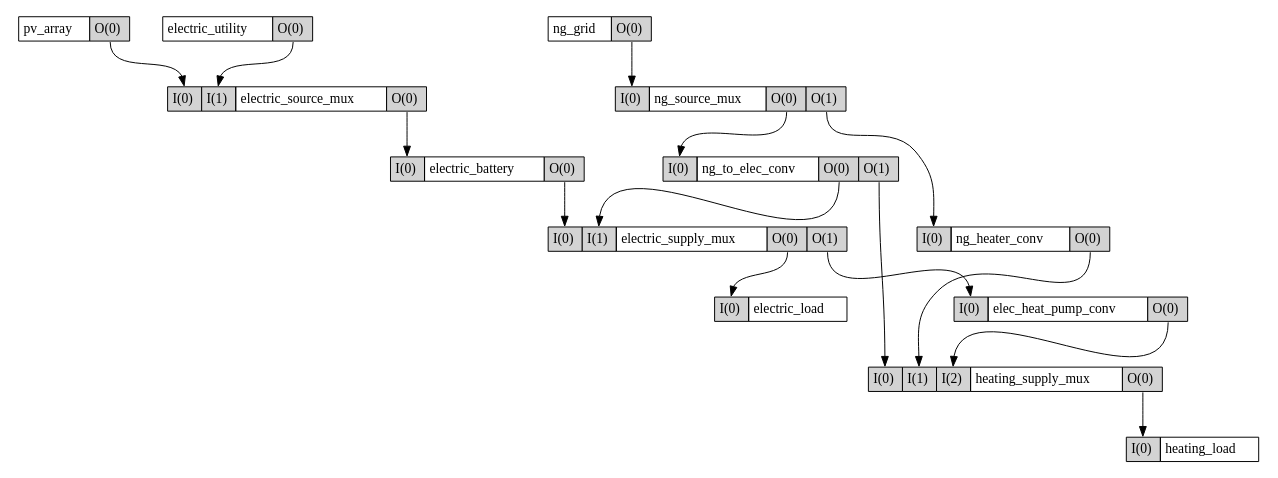
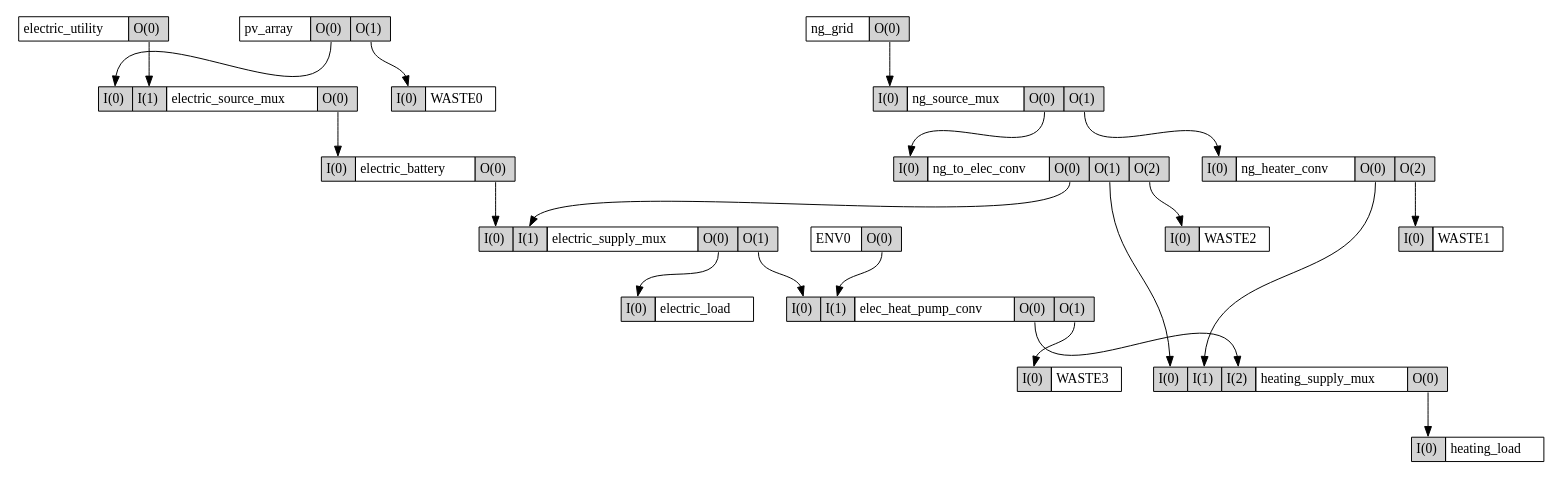
One commit to bigladder/erin changed the diagram in docs/examples/ex25.dot. Above: the diagram before and after it, drawn with Graphviz. The commit also changed 1 other file, not shown here.

Commit message:
Add updated graph for example 25

```diff
--- a/docs/examples/ex25.dot
+++ b/docs/examples/ex25.dot
@@ -1,122 +1,167 @@
-digraph normal_operations {
-  elec_heat_pump_conv [shape=none,label=<
+digraph  {
+  "ENV0" [shape=none,label=<
+    <TABLE BORDER="0" CELLBORDER="1" CELLSPACING="0" CELLPADDING="4">
+      <TR>
+        <TD PORT="name">ENV0</TD>
+        <TD PORT="O0" BGCOLOR="lightgrey">O(0)</TD>
+      </TR>
+    </TABLE>>];
+  "WASTE0" [shape=none,label=<
     <TABLE BORDER="0" CELLBORDER="1" CELLSPACING="0" CELLPADDING="4">
       <TR>
         <TD PORT="I0" BGCOLOR="lightgrey">I(0)</TD>
+        <TD PORT="name">WASTE0</TD>
+      </TR>
+    </TABLE>>];
+  "WASTE1" [shape=none,label=<
+    <TABLE BORDER="0" CELLBORDER="1" CELLSPACING="0" CELLPADDING="4">
+      <TR>
+        <TD PORT="I0" BGCOLOR="lightgrey">I(0)</TD>
+        <TD PORT="name">WASTE1</TD>
+      </TR>
+    </TABLE>>];
+  "WASTE2" [shape=none,label=<
+    <TABLE BORDER="0" CELLBORDER="1" CELLSPACING="0" CELLPADDING="4">
+      <TR>
+        <TD PORT="I0" BGCOLOR="lightgrey">I(0)</TD>
+        <TD PORT="name">WASTE2</TD>
+      </TR>
+    </TABLE>>];
+  "WASTE3" [shape=none,label=<
+    <TABLE BORDER="0" CELLBORDER="1" CELLSPACING="0" CELLPADDING="4">
+      <TR>
+        <TD PORT="I0" BGCOLOR="lightgrey">I(0)</TD>
+        <TD PORT="name">WASTE3</TD>
+      </TR>
+    </TABLE>>];
+  "elec_heat_pump_conv" [shape=none,label=<
+    <TABLE BORDER="0" CELLBORDER="1" CELLSPACING="0" CELLPADDING="4">
+      <TR>
+        <TD PORT="I0" BGCOLOR="lightgrey">I(0)</TD>
+        <TD PORT="I1" BGCOLOR="lightgrey">I(1)</TD>
         <TD PORT="name">elec_heat_pump_conv</TD>
         <TD PORT="O0" BGCOLOR="lightgrey">O(0)</TD>
+        <TD PORT="O1" BGCOLOR="lightgrey">O(1)</TD>
       </TR>
     </TABLE>>];
-  electric_battery [shape=none,label=<
+  "electric_battery" [shape=none,label=<
     <TABLE BORDER="0" CELLBORDER="1" CELLSPACING="0" CELLPADDING="4">
       <TR>
         <TD PORT="I0" BGCOLOR="lightgrey">I(0)</TD>
         <TD PORT="name">electric_battery</TD>
         <TD PORT="O0" BGCOLOR="lightgrey">O(0)</TD>
       </TR>
     </TABLE>>];
-  electric_load [shape=none,label=<
+  "electric_load" [shape=none,label=<
     <TABLE BORDER="0" CELLBORDER="1" CELLSPACING="0" CELLPADDING="4">
       <TR>
         <TD PORT="I0" BGCOLOR="lightgrey">I(0)</TD>
         <TD PORT="name">electric_load</TD>
       </TR>
     </TABLE>>];
-  electric_source_mux [shape=none,label=<
+  "electric_source_mux" [shape=none,label=<
     <TABLE BORDER="0" CELLBORDER="1" CELLSPACING="0" CELLPADDING="4">
       <TR>
         <TD PORT="I0" BGCOLOR="lightgrey">I(0)</TD>
         <TD PORT="I1" BGCOLOR="lightgrey">I(1)</TD>
         <TD PORT="name">electric_source_mux</TD>
         <TD PORT="O0" BGCOLOR="lightgrey">O(0)</TD>
       </TR>
     </TABLE>>];
-  electric_supply_mux [shape=none,label=<
+  "electric_supply_mux" [shape=none,label=<
     <TABLE BORDER="0" CELLBORDER="1" CELLSPACING="0" CELLPADDING="4">
       <TR>
         <TD PORT="I0" BGCOLOR="lightgrey">I(0)</TD>
         <TD PORT="I1" BGCOLOR="lightgrey">I(1)</TD>
         <TD PORT="name">electric_supply_mux</TD>
         <TD PORT="O0" BGCOLOR="lightgrey">O(0)</TD>
         <TD PORT="O1" BGCOLOR="lightgrey">O(1)</TD>
       </TR>
     </TABLE>>];
-  electric_utility [shape=none,label=<
+  "electric_utility" [shape=none,label=<
     <TABLE BORDER="0" CELLBORDER="1" CELLSPACING="0" CELLPADDING="4">
       <TR>
         <TD PORT="name">electric_utility</TD>
         <TD PORT="O0" BGCOLOR="lightgrey">O(0)</TD>
       </TR>
     </TABLE>>];
-  heating_load [shape=none,label=<
+  "heating_load" [shape=none,label=<
     <TABLE BORDER="0" CELLBORDER="1" CELLSPACING="0" CELLPADDING="4">
       <TR>
         <TD PORT="I0" BGCOLOR="lightgrey">I(0)</TD>
         <TD PORT="name">heating_load</TD>
       </TR>
     </TABLE>>];
-  heating_supply_mux [shape=none,label=<
+  "heating_supply_mux" [shape=none,label=<
     <TABLE BORDER="0" CELLBORDER="1" CELLSPACING="0" CELLPADDING="4">
       <TR>
         <TD PORT="I0" BGCOLOR="lightgrey">I(0)</TD>
         <TD PORT="I1" BGCOLOR="lightgrey">I(1)</TD>
         <TD PORT="I2" BGCOLOR="lightgrey">I(2)</TD>
         <TD PORT="name">heating_supply_mux</TD>
         <TD PORT="O0" BGCOLOR="lightgrey">O(0)</TD>
       </TR>
     </TABLE>>];
-  ng_grid [shape=none,label=<
+  "ng_grid" [shape=none,label=<
     <TABLE BORDER="0" CELLBORDER="1" CELLSPACING="0" CELLPADDING="4">
       <TR>
         <TD PORT="name">ng_grid</TD>
         <TD PORT="O0" BGCOLOR="lightgrey">O(0)</TD>
       </TR>
     </TABLE>>];
-  ng_heater_conv [shape=none,label=<
+  "ng_heater_conv" [shape=none,label=<
     <TABLE BORDER="0" CELLBORDER="1" CELLSPACING="0" CELLPADDING="4">
       <TR>
         <TD PORT="I0" BGCOLOR="lightgrey">I(0)</TD>
         <TD PORT="name">ng_heater_conv</TD>
         <TD PORT="O0" BGCOLOR="lightgrey">O(0)</TD>
+        <TD PORT="O2" BGCOLOR="lightgrey">O(2)</TD>
       </TR>
     </TABLE>>];
-  ng_source_mux [shape=none,label=<
+  "ng_source_mux" [shape=none,label=<
     <TABLE BORDER="0" CELLBORDER="1" CELLSPACING="0" CELLPADDING="4">
       <TR>
         <TD PORT="I0" BGCOLOR="lightgrey">I(0)</TD>
         <TD PORT="name">ng_source_mux</TD>
         <TD PORT="O0" BGCOLOR="lightgrey">O(0)</TD>
         <TD PORT="O1" BGCOLOR="lightgrey">O(1)</TD>
       </TR>
     </TABLE>>];
-  ng_to_elec_conv [shape=none,label=<
+  "ng_to_elec_conv" [shape=none,label=<
     <TABLE BORDER="0" CELLBORDER="1" CELLSPACING="0" CELLPADDING="4">
       <TR>
         <TD PORT="I0" BGCOLOR="lightgrey">I(0)</TD>
         <TD PORT="name">ng_to_elec_conv</TD>
         <TD PORT="O0" BGCOLOR="lightgrey">O(0)</TD>
         <TD PORT="O1" BGCOLOR="lightgrey">O(1)</TD>
+        <TD PORT="O2" BGCOLOR="lightgrey">O(2)</TD>
       </TR>
     </TABLE>>];
-  pv_array [shape=none,label=<
+  "pv_array" [shape=none,label=<
     <TABLE BORDER="0" CELLBORDER="1" CELLSPACING="0" CELLPADDING="4">
       <TR>
         <TD PORT="name">pv_array</TD>
         <TD PORT="O0" BGCOLOR="lightgrey">O(0)</TD>
+        <TD PORT="O1" BGCOLOR="lightgrey">O(1)</TD>
       </TR>
     </TABLE>>];
-  pv_array:O0:s -> electric_source_mux:I0:n;
-  electric_utility:O0:s -> electric_source_mux:I1:n;
-  electric_source_mux:O0:s -> electric_battery:I0:n;
-  electric_battery:O0:s -> electric_supply_mux:I0:n;
-  ng_to_elec_conv:O0:s -> electric_supply_mux:I1:n;
-  electric_supply_mux:O0:s -> electric_load:I0:n;
-  electric_supply_mux:O1:s -> elec_heat_pump_conv:I0:n;
-  ng_grid:O0:s -> ng_source_mux:I0:n;
-  ng_source_mux:O0:s -> ng_to_elec_conv:I0:n;
-  ng_source_mux:O1:s -> ng_heater_conv:I0:n;
-  ng_to_elec_conv:O1:s -> heating_supply_mux:I0:n;
-  ng_heater_conv:O0:s -> heating_supply_mux:I1:n;
-  elec_heat_pump_conv:O0:s -> heating_supply_mux:I2:n;
-  heating_supply_mux:O0:s -> heating_load:I0:n;
+  "pv_array":O1:s -> "WASTE0":I0:n;
+  "ng_heater_conv":O2:s -> "WASTE1":I0:n;
+  "ng_to_elec_conv":O2:s -> "WASTE2":I0:n;
+  "elec_heat_pump_conv":O1:s -> "WASTE3":I0:n;
+  "ENV0":O0:s -> "elec_heat_pump_conv":I1:n;
+  "pv_array":O0:s -> "electric_source_mux":I0:n;
+  "electric_utility":O0:s -> "electric_source_mux":I1:n;
+  "electric_source_mux":O0:s -> "electric_battery":I0:n;
+  "electric_battery":O0:s -> "electric_supply_mux":I0:n;
+  "ng_to_elec_conv":O0:s -> "electric_supply_mux":I1:n;
+  "electric_supply_mux":O0:s -> "electric_load":I0:n;
+  "electric_supply_mux":O1:s -> "elec_heat_pump_conv":I0:n;
+  "ng_grid":O0:s -> "ng_source_mux":I0:n;
+  "ng_source_mux":O0:s -> "ng_to_elec_conv":I0:n;
+  "ng_source_mux":O1:s -> "ng_heater_conv":I0:n;
+  "ng_to_elec_conv":O1:s -> "heating_supply_mux":I0:n;
+  "ng_heater_conv":O0:s -> "heating_supply_mux":I1:n;
+  "elec_heat_pump_conv":O0:s -> "heating_supply_mux":I2:n;
+  "heating_supply_mux":O0:s -> "heating_load":I0:n;
 }
```
